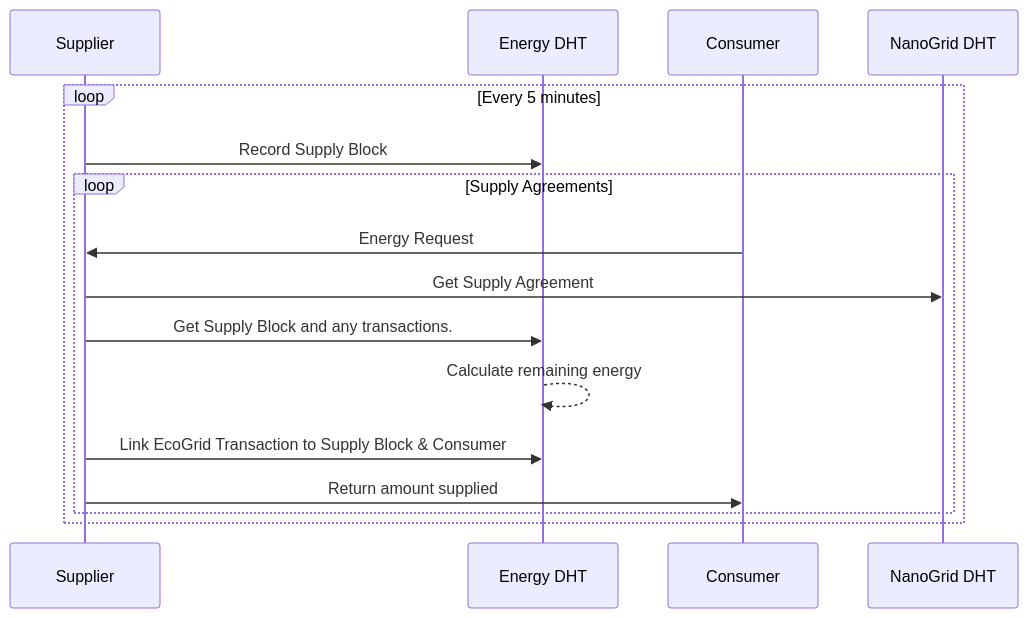
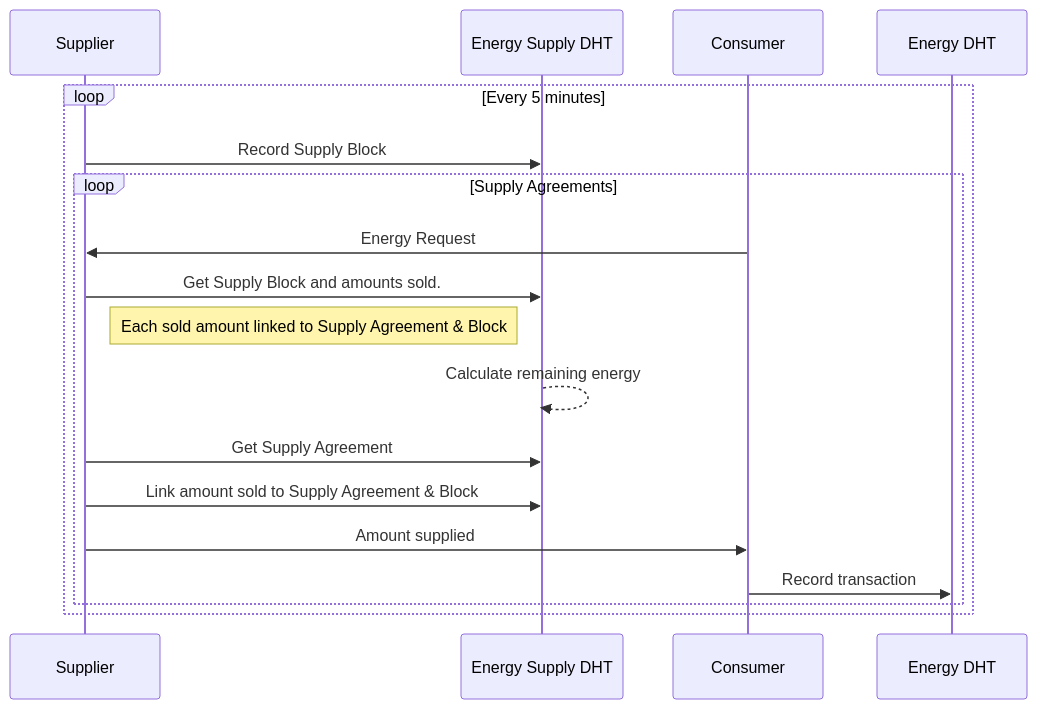
The diagram in markdown/ecogrid-transactions.md (ioen-tech/Protocol), drawn with Mermaid before and after one commit. The commit also changed other lines of this file and 9 other files, not shown here.

````diff
--- a/markdown/ecogrid-transactions.md
+++ b/markdown/ecogrid-transactions.md
@@ -15,14 +6,16 @@
 ``` mermaid
   sequenceDiagram
     loop Every 5 minutes
-      Supplier->>Energy DHT: Record Supply Block
+      Supplier->>Energy Supply DHT: Record Supply Block
       loop Supply Agreements
         Consumer->>Supplier: Energy Request
-        Supplier->>NanoGrid DHT: Get Supply Agreement
-        Supplier->>Energy DHT: Get Supply Block and any transactions.
-        Energy DHT-->>Energy DHT: Calculate remaining energy
-        Supplier->>Energy DHT: Link EcoGrid Transaction to Supply Block & Consumer
-        Supplier->>Consumer: Return amount supplied
+        Supplier->>Energy Supply DHT: Get Supply Block and amounts sold.
+        Note right of Supplier: Each sold amount linked to Supply Agreement & Block
+        Energy Supply DHT-->>Energy Supply DHT: Calculate remaining energy
+        Supplier->>Energy Supply DHT: Get Supply Agreement
+        Supplier->>Energy Supply DHT: Link amount sold to Supply Agreement & Block
+        Supplier->>Consumer: Amount supplied
+        Consumer->>Energy DHT: Record transaction
       end
     end
 ```
````
